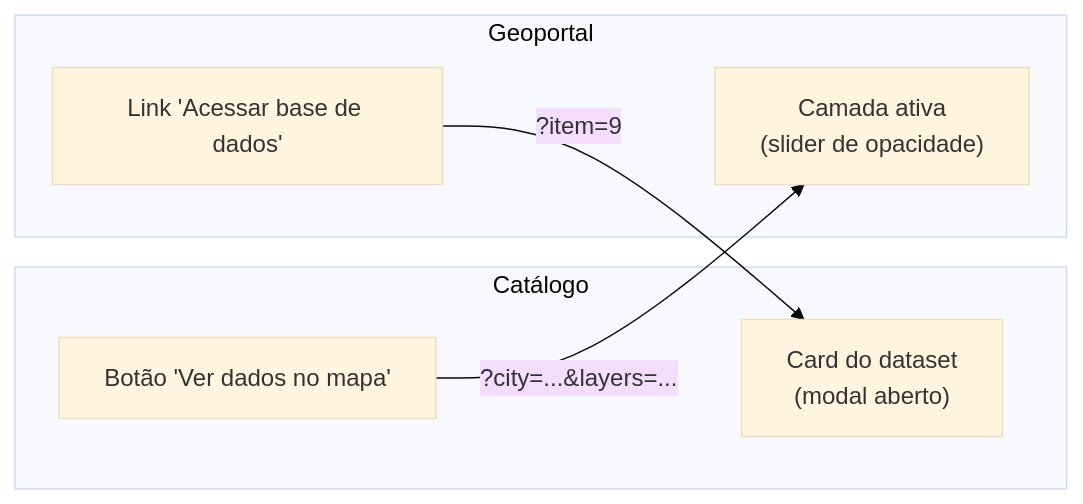
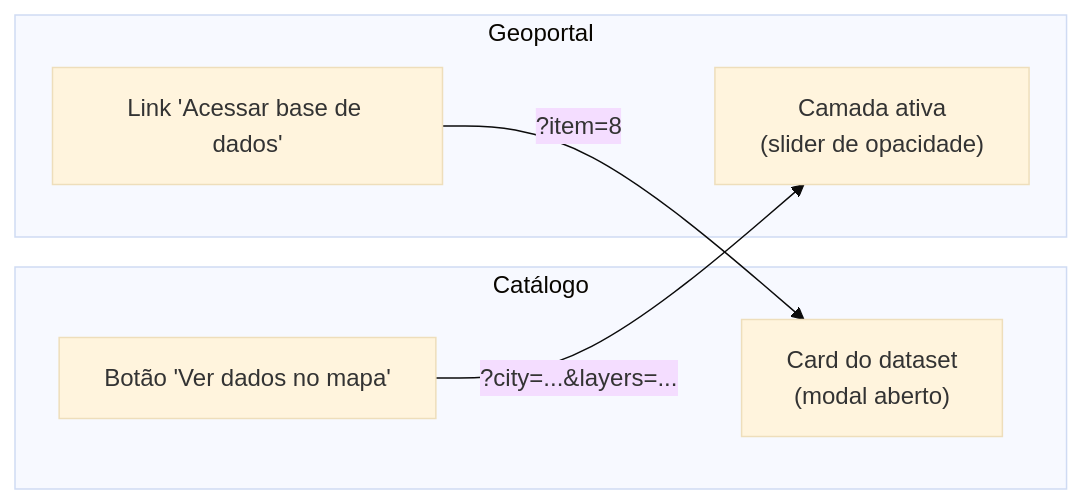
Before and after one commit to portalcidados/portal-cidados: the first of 2 diagrams in docs/CATALOG_GEOPORTAL_INTEGRATION.md, drawn with Mermaid (base theme). The commit also changed other lines of this file and 4 other files, not shown here.

````diff
--- a/docs/CATALOG_GEOPORTAL_INTEGRATION.md
+++ b/docs/CATALOG_GEOPORTAL_INTEGRATION.md
@@ -11,15 +11,15 @@
 ```mermaid
 graph LR
     subgraph Catálogo
         C1["Card do dataset\n(modal aberto)"]
         C2["Botão 'Ver dados no mapa'"]
     end
 
     subgraph Geoportal
         G1["Camada ativa\n(slider de opacidade)"]
         G2["Link 'Acessar base de dados'"]
     end
 
-    G2 -->|"?item=9"| C1
+    G2 -->|"?item=8"| C1
     C2 -->|"?city=...&layers=..."| G1
 ```
````
